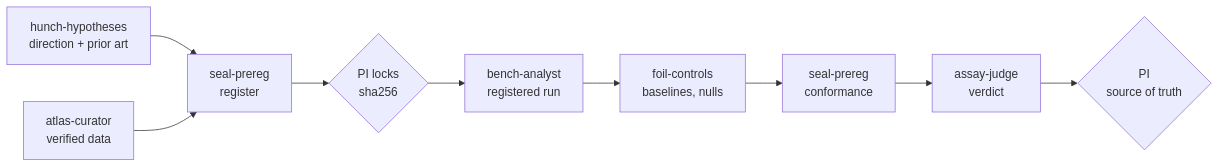
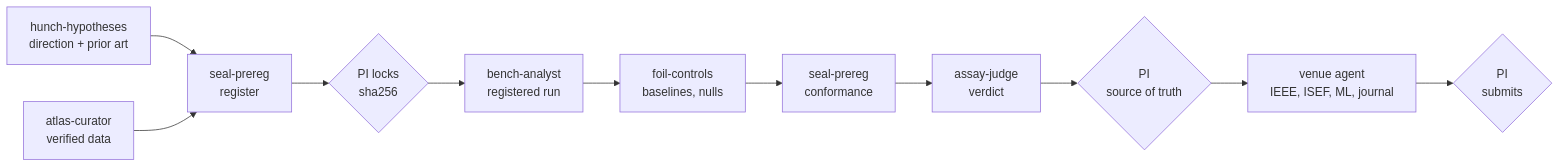
The diagram in lab/README.md (agentmash-dev/agentmash-crew), drawn with Mermaid before and after one commit. The commit also changed other lines of this file and 12 other files, not shown here.

````diff
--- a/lab/README.md
+++ b/lab/README.md
@@ -57,11 +61,13 @@
 ```mermaid
 flowchart LR
   H[hunch-hypotheses<br/>direction + prior art] --> S[seal-prereg<br/>register]
   A[atlas-curator<br/>verified data] --> S
   S --> L{PI locks<br/>sha256}
   L --> B[bench-analyst<br/>registered run]
   B --> F[foil-controls<br/>baselines, nulls]
   F --> C[seal-prereg<br/>conformance]
   C --> J[assay-judge<br/>verdict]
   J --> P{PI<br/>source of truth}
+  P --> V[venue agent<br/>IEEE, ISEF, ML, journal]
+  V --> G{PI<br/>submits}
 ```
````
